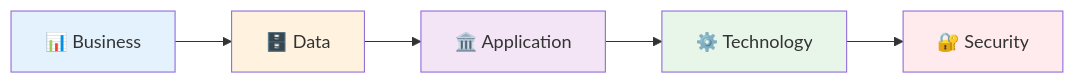
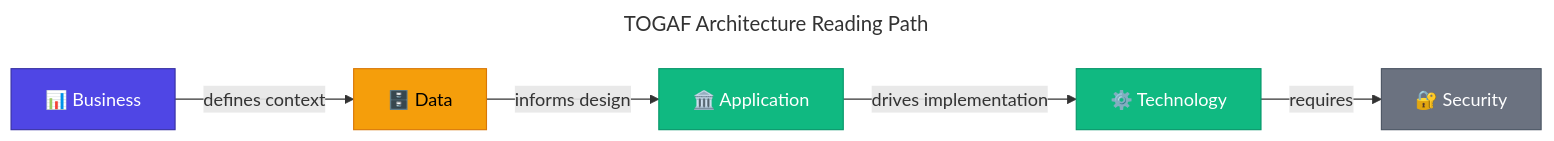
One commit to Evilazaro/DevExp-DevBox changed the diagram in docs/architecture/README.md. Above: the diagram before and after it, drawn with Mermaid.

Commit message:
Refactor TOGAF Architecture Reading Path diagram for improved clarity and navigation by enhancing node relationships and class definitions.

````diff
--- a/docs/architecture/README.md
+++ b/docs/architecture/README.md
@@ -42,13 +42,25 @@
 ```mermaid
+---
+title: TOGAF Architecture Reading Path
+---
 flowchart LR
-    A[📊 Business] --> B[🗄️ Data]
-    B --> C[🏛️ Application]
-    C --> D[⚙️ Technology]
-    D --> E[🔐 Security]
+    %% ===== DOCUMENT NODES =====
+    A["📊 Business"] -->|defines context| B["🗄️ Data"]
+    B -->|informs design| C["🏛️ Application"]
+    C -->|drives implementation| D["⚙️ Technology"]
+    D -->|requires| E["🔐 Security"]
     
-    style A fill:#E3F2FD
-    style B fill:#FFF3E0
-    style C fill:#F3E5F5
-    style D fill:#E8F5E9
-    style E fill:#FFEBEE
+    %% ===== CLASS DEFINITIONS =====
+    classDef business fill:#4F46E5,stroke:#3730A3,color:#FFFFFF
+    classDef data fill:#F59E0B,stroke:#D97706,color:#000000
+    classDef application fill:#10B981,stroke:#059669,color:#FFFFFF
+    classDef technology fill:#10B981,stroke:#059669,color:#FFFFFF
+    classDef security fill:#6B7280,stroke:#4B5563,color:#FFFFFF
+    
+    %% ===== CLASS ASSIGNMENTS =====
+    class A business
+    class B data
+    class C application
+    class D technology
+    class E security
 ```
````
